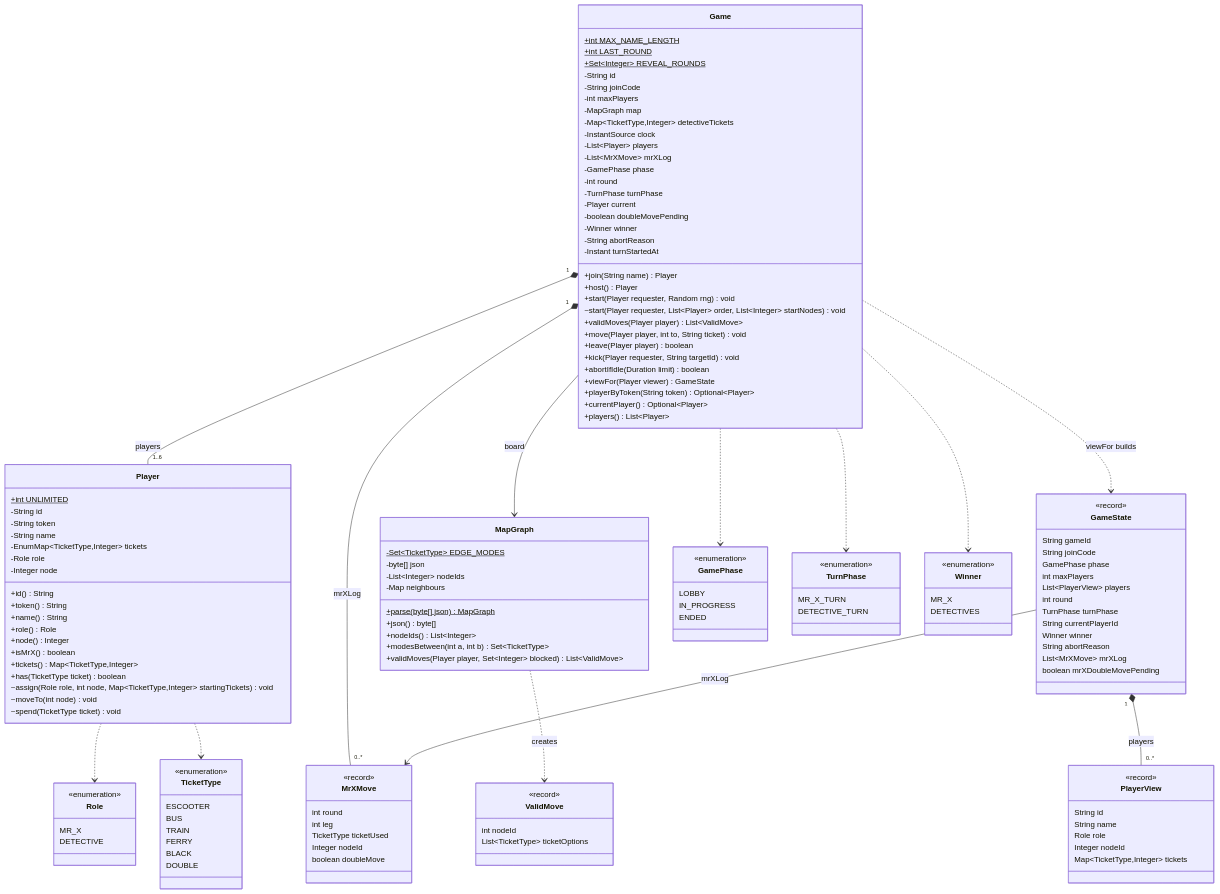
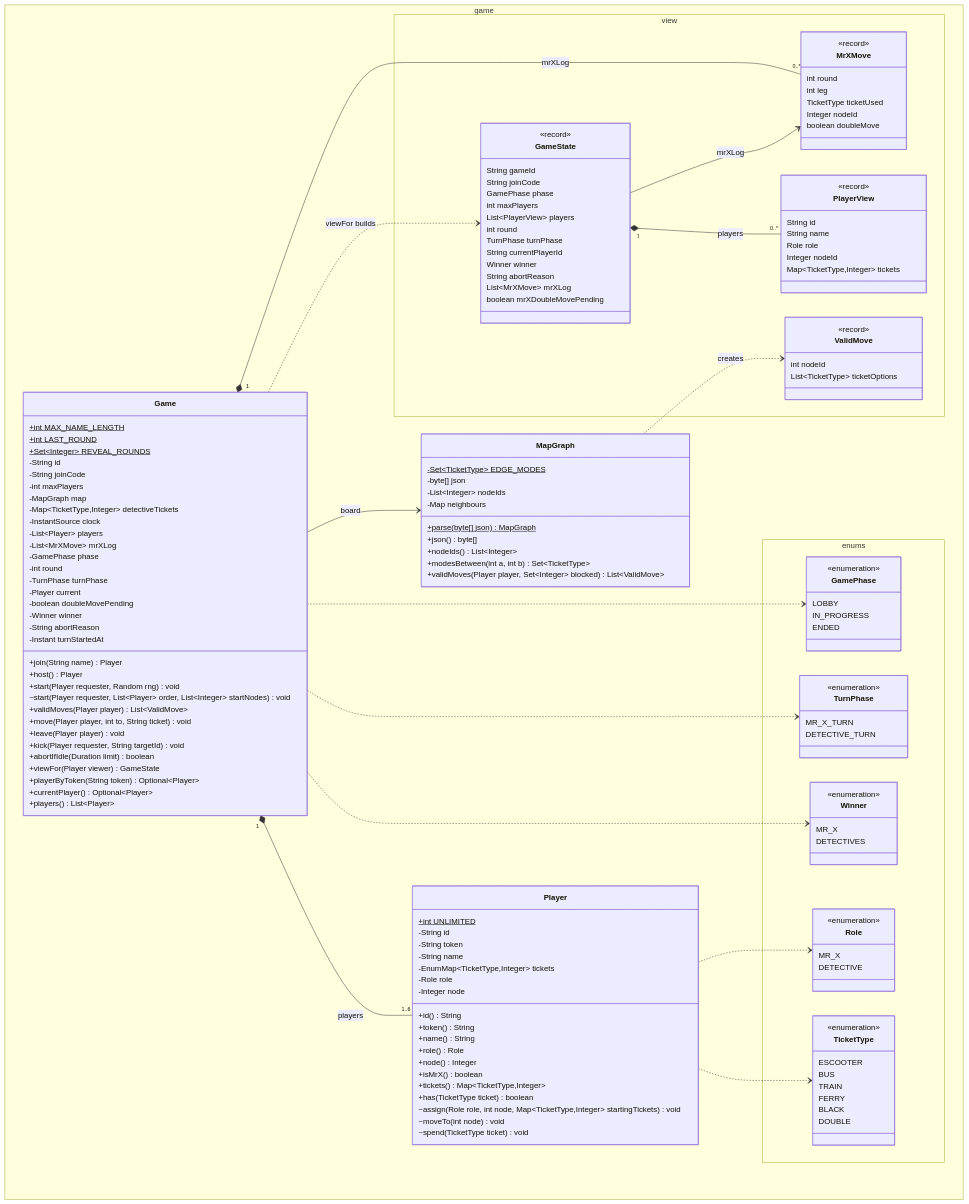
Before and after one commit to Ming-Bao/HuntingMrX: the second of 3 diagrams in documentation/plans/class-graph.md, drawn with Mermaid. The commit also changed other lines of this file and 42 other files, not shown here.

```diff
--- a/documentation/plans/class-graph.md
+++ b/documentation/plans/class-graph.md
@@ -47,136 +43,142 @@
 classDiagram
     direction TB
 
-    class Game {
-        +int MAX_NAME_LENGTH$
-        +int LAST_ROUND$
-        +Set~Integer~ REVEAL_ROUNDS$
-        -String id
-        -String joinCode
-        -int maxPlayers
-        -MapGraph map
-        -Map~TicketType,Integer~ detectiveTickets
-        -InstantSource clock
-        -List~Player~ players
-        -List~MrXMove~ mrXLog
-        -GamePhase phase
-        -int round
-        -TurnPhase turnPhase
-        -Player current
-        -boolean doubleMovePending
-        -Winner winner
-        -String abortReason
-        -Instant turnStartedAt
-        +join(String name) Player
-        +host() Player
-        +start(Player requester, Random rng) void
-        ~start(Player requester, List~Player~ order, List~Integer~ startNodes) void
-        +validMoves(Player player) List~ValidMove~
-        +move(Player player, int to, String ticket) void
-        +leave(Player player) boolean
-        +kick(Player requester, String targetId) void
-        +abortIfIdle(Duration limit) boolean
-        +viewFor(Player viewer) GameState
-        +playerByToken(String token) Optional~Player~
-        +currentPlayer() Optional~Player~
-        +players() List~Player~
+    namespace game {
+        class Game {
+            +int MAX_NAME_LENGTH$
+            +int LAST_ROUND$
+            +Set~Integer~ REVEAL_ROUNDS$
+            -String id
+            -String joinCode
+            -int maxPlayers
+            -MapGraph map
+            -Map~TicketType,Integer~ detectiveTickets
+            -InstantSource clock
+            -List~Player~ players
+            -List~MrXMove~ mrXLog
+            -GamePhase phase
+            -int round
+            -TurnPhase turnPhase
+            -Player current
+            -boolean doubleMovePending
+            -Winner winner
+            -String abortReason
+            -Instant turnStartedAt
+            +join(String name) Player
+            +host() Player
+            +start(Player requester, Random rng) void
+            ~start(Player requester, List~Player~ order, List~Integer~ startNodes) void
+            +validMoves(Player player) List~ValidMove~
+            +move(Player player, int to, String ticket) void
+            +leave(Player player) void
+            +kick(Player requester, String targetId) void
+            +abortIfIdle(Duration limit) boolean
+            +viewFor(Player viewer) GameState
+            +playerByToken(String token) Optional~Player~
+            +currentPlayer() Optional~Player~
+            +players() List~Player~
+        }
+        class Player {
+            +int UNLIMITED$
+            -String id
+            -String token
+            -String name
+            -EnumMap~TicketType,Integer~ tickets
+            -Role role
+            -Integer node
+            +id() String
+            +token() String
+            +name() String
+            +role() Role
+            +node() Integer
+            +isMrX() boolean
+            +tickets() Map~TicketType,Integer~
+            +has(TicketType ticket) boolean
+            ~assign(Role role, int node, Map~TicketType,Integer~ startingTickets) void
+            ~moveTo(int node) void
+            ~spend(TicketType ticket) void
+        }
+        class MapGraph {
+            -Set~TicketType~ EDGE_MODES$
+            -byte[] json
+            -List~Integer~ nodeIds
+            -Map neighbours
+            +parse(byte[] json)$ MapGraph
+            +json() byte[]
+            +nodeIds() List~Integer~
+            +modesBetween(int a, int b) Set~TicketType~
+            +validMoves(Player player, Set~Integer~ blocked) List~ValidMove~
+        }
     }
-    class Player {
-        +int UNLIMITED$
-        -String id
-        -String token
-        -String name
-        -EnumMap~TicketType,Integer~ tickets
-        -Role role
-        -Integer node
-        +id() String
-        +token() String
-        +name() String
-        +role() Role
-        +node() Integer
-        +isMrX() boolean
-        +tickets() Map~TicketType,Integer~
-        +has(TicketType ticket) boolean
-        ~assign(Role role, int node, Map~TicketType,Integer~ startingTickets) void
-        ~moveTo(int node) void
-        ~spend(TicketType ticket) void
+    namespace game.view {
+        class GameState {
+            <<record>>
+            String gameId
+            String joinCode
+            GamePhase phase
+            int maxPlayers
+            List~PlayerView~ players
+            int round
+            TurnPhase turnPhase
+            String currentPlayerId
+            Winner winner
+            String abortReason
+            List~MrXMove~ mrXLog
+            boolean mrXDoubleMovePending
+        }
+        class PlayerView {
+            <<record>>
+            String id
+            String name
+            Role role
+            Integer nodeId
+            Map~TicketType,Integer~ tickets
+        }
+        class MrXMove {
+            <<record>>
+            int round
+            int leg
+            TicketType ticketUsed
+            Integer nodeId
+            boolean doubleMove
+        }
+        class ValidMove {
+            <<record>>
+            int nodeId
+            List~TicketType~ ticketOptions
+        }
     }
-    class MapGraph {
-        -Set~TicketType~ EDGE_MODES$
-        -byte[] json
-        -List~Integer~ nodeIds
-        -Map neighbours
-        +parse(byte[] json)$ MapGraph
-        +json() byte[]
-        +nodeIds() List~Integer~
-        +modesBetween(int a, int b) Set~TicketType~
-        +validMoves(Player player, Set~Integer~ blocked) List~ValidMove~
-    }
-    class GameState {
-        <<record>>
-        String gameId
-        String joinCode
-        GamePhase phase
-        int maxPlayers
-        List~PlayerView~ players
-        int round
-        TurnPhase turnPhase
-        String currentPlayerId
-        Winner winner
-        String abortReason
-        List~MrXMove~ mrXLog
-        boolean mrXDoubleMovePending
-    }
-    class PlayerView {
-        <<record>>
-        String id
-        String name
-        Role role
-        Integer nodeId
-        Map~TicketType,Integer~ tickets
-    }
-    class MrXMove {
-        <<record>>
-        int round
-        int leg
-        TicketType ticketUsed
-        Integer nodeId
-        boolean doubleMove
-    }
-    class ValidMove {
-        <<record>>
-        int nodeId
-        List~TicketType~ ticketOptions
-    }
-    class GamePhase {
-        <<enumeration>>
-        LOBBY
-        IN_PROGRESS
-        ENDED
-    }
-    class TurnPhase {
-        <<enumeration>>
-        MR_X_TURN
-        DETECTIVE_TURN
-    }
-    class Role {
-        <<enumeration>>
-        MR_X
-        DETECTIVE
-    }
-    class Winner {
-        <<enumeration>>
-        MR_X
-        DETECTIVES
-    }
-    class TicketType {
-        <<enumeration>>
-        ESCOOTER
-        BUS
-        TRAIN
-        FERRY
-        BLACK
-        DOUBLE
+    namespace game.enums {
+        class GamePhase {
+            <<enumeration>>
+            LOBBY
+            IN_PROGRESS
+            ENDED
+        }
+        class TurnPhase {
+            <<enumeration>>
+            MR_X_TURN
+            DETECTIVE_TURN
+        }
+        class Role {
+            <<enumeration>>
+            MR_X
+            DETECTIVE
+        }
+        class Winner {
+            <<enumeration>>
+            MR_X
+            DETECTIVES
+        }
+        class TicketType {
+            <<enumeration>>
+            ESCOOTER
+            BUS
+            TRAIN
+            FERRY
+            BLACK
+            DOUBLE
+        }
     }
 
     Game "1" *-- "1..6" Player : players
```
